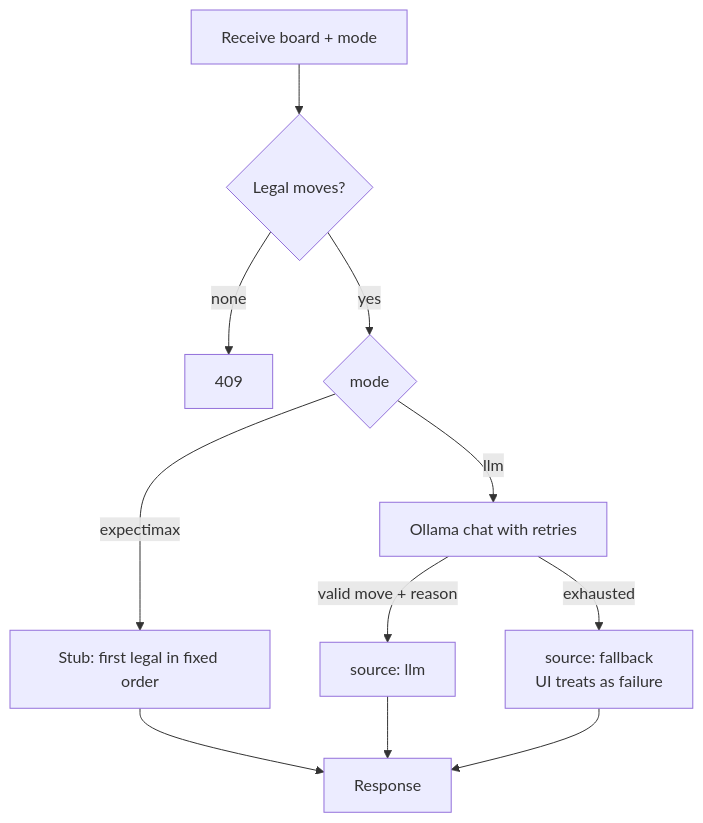
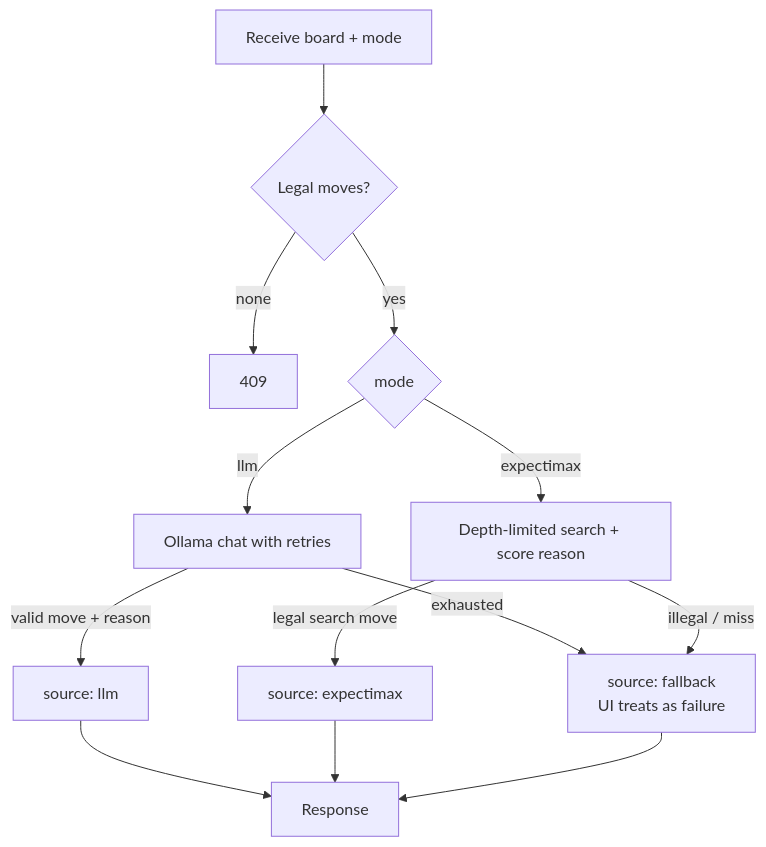
One commit to christycty/game-2048 changed the second of 3 diagrams in docs/architecture.md. Above: the diagram before and after it, drawn with Mermaid. The commit also changed other lines of this file and 8 other files, not shown here.

First line of the commit message:
Document real expectimax search and scored reasons.

````diff
--- a/docs/architecture.md
+++ b/docs/architecture.md
@@ -25,13 +25,15 @@
 ```mermaid
 flowchart TD
   A[Receive board + mode] --> B{Legal moves?}
   B -->|none| C[409]
   B -->|yes| D{mode}
-  D -->|expectimax| E[Stub: first legal in fixed order]
+  D -->|expectimax| E[Depth-limited search + score reason]
   D -->|llm| F[Ollama chat with retries]
   F -->|valid move + reason| G[source: llm]
   F -->|exhausted| H[source: fallback<br/>UI treats as failure]
-  E --> I[Response]
-  G --> I
-  H --> I
+  E -->|legal search move| I[source: expectimax]
+  E -->|illegal / miss| H
+  G --> J[Response]
+  I --> J
+  H --> J
 ```
````
